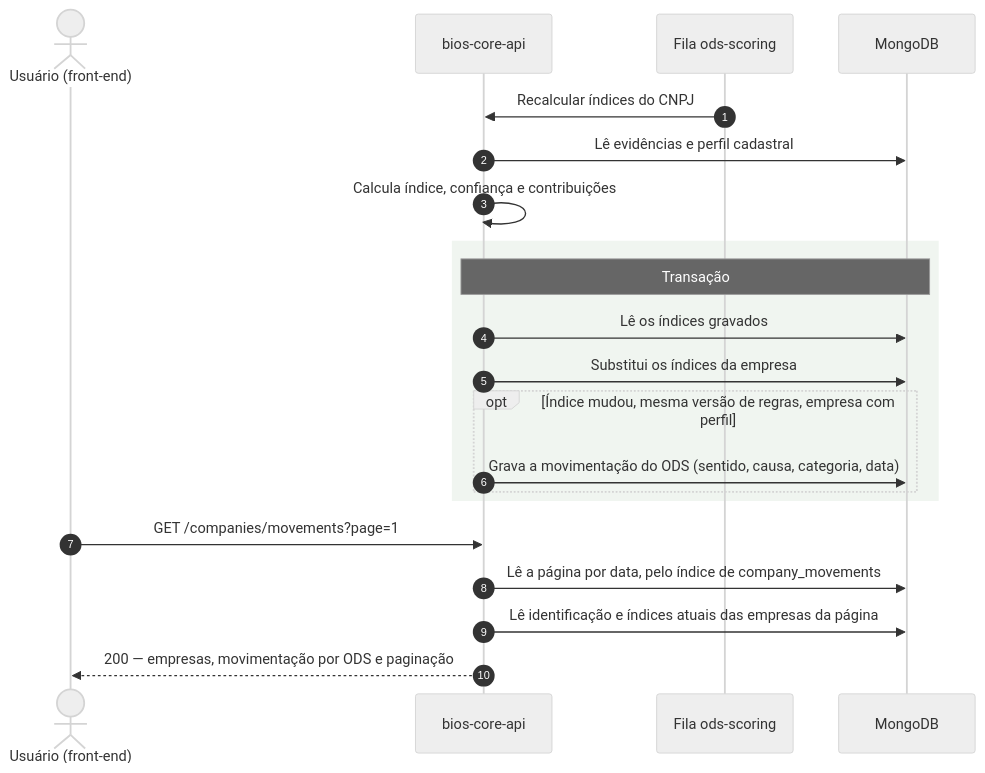
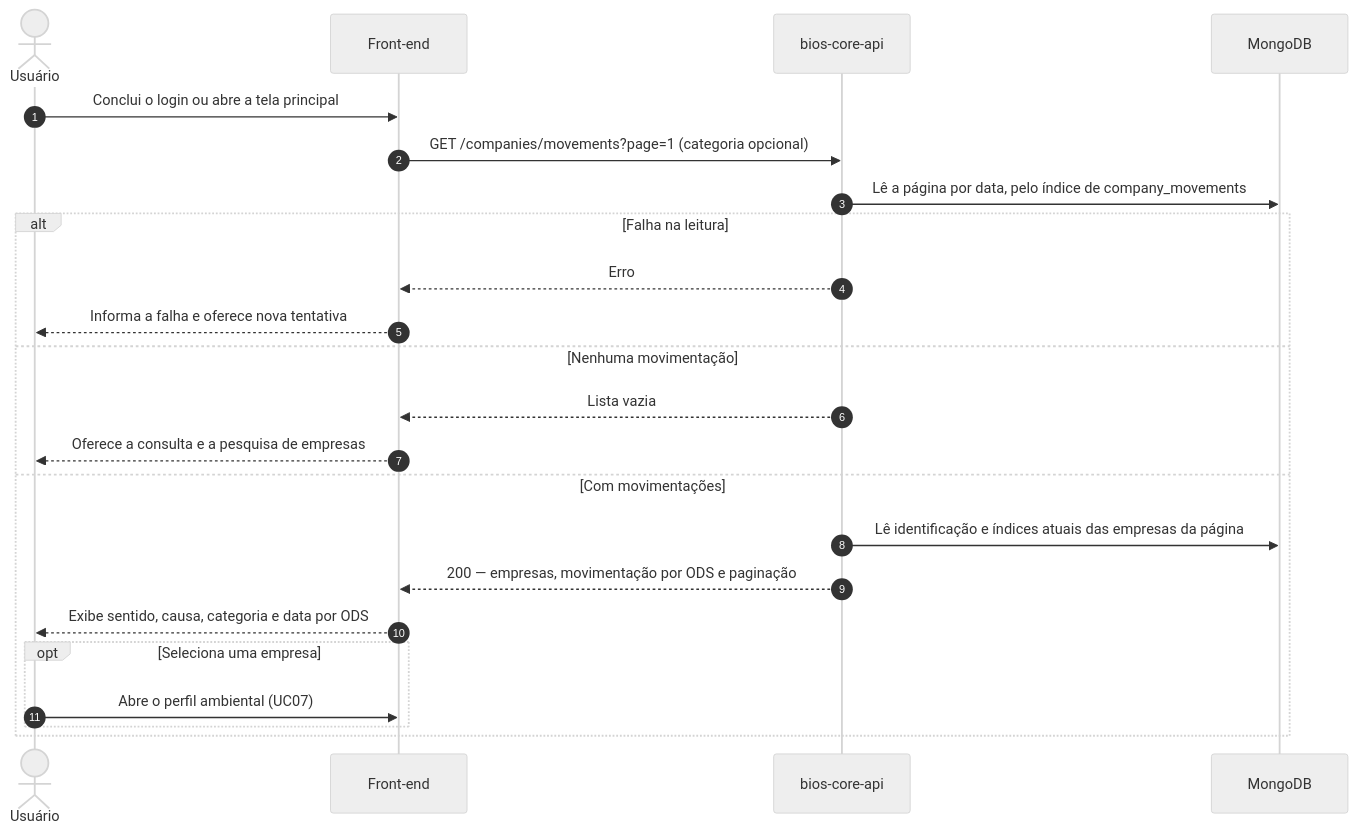
One commit to odavibatista/bios-docs changed diagram 20 of 22 in 08-Artefatos-de-Análise.md. Above: the diagram before and after it, drawn with Mermaid (neutral theme). The commit also changed other lines of this file, not shown here.

First line of the commit message:
docs(diagrams): cria um diagrama de sequencia por caso de uso

````diff
--- a/08-Artefatos-de-Análise.md
+++ b/08-Artefatos-de-Análise.md
@@ -1249,24 +1732,26 @@
 ```mermaid
 sequenceDiagram
     autonumber
-    actor U as Usuário (front-end)
+    actor U as Usuário
+    participant FE as Front-end
     participant API as bios-core-api
-    participant Q as Fila ods-scoring
     participant DB as MongoDB
 
-    Q->>API: Recalcular índices do CNPJ
-    API->>DB: Lê evidências e perfil cadastral
-    API->>API: Calcula índice, confiança e contribuições
-    rect rgb(240, 245, 240)
-        Note over API,DB: Transação
-        API->>DB: Lê os índices gravados
-        API->>DB: Substitui os índices da empresa
-        opt Índice mudou, mesma versão de regras, empresa com perfil
-            API->>DB: Grava a movimentação do ODS (sentido, causa, categoria, data)
+    U->>FE: Conclui o login ou abre a tela principal
+    FE->>API: GET /companies/movements?page=1 (categoria opcional)
+    API->>DB: Lê a página por data, pelo índice de company_movements
+    alt Falha na leitura
+        API-->>FE: Erro
+        FE-->>U: Informa a falha e oferece nova tentativa
+    else Nenhuma movimentação
+        API-->>FE: Lista vazia
+        FE-->>U: Oferece a consulta e a pesquisa de empresas
+    else Com movimentações
+        API->>DB: Lê identificação e índices atuais das empresas da página
+        API-->>FE: 200 — empresas, movimentação por ODS e paginação
+        FE-->>U: Exibe sentido, causa, categoria e data por ODS
+        opt Seleciona uma empresa
+            U->>FE: Abre o perfil ambiental (UC07)
         end
     end
-    U->>API: GET /companies/movements?page=1
-    API->>DB: Lê a página por data, pelo índice de company_movements
-    API->>DB: Lê identificação e índices atuais das empresas da página
-    API-->>U: 200 — empresas, movimentação por ODS e paginação
 ```
````
